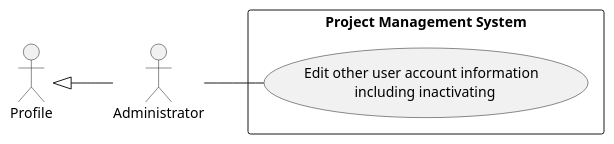
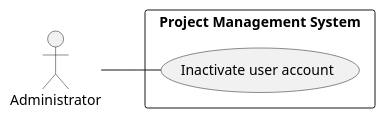
The diagram in docs/modelling_design/user_stories/us005/US005_InactivateUserAccountUCD.puml (ivo-menezes/project_g3), drawn with PlantUML before and after one commit.

Commit message:
US005: Analysis: Change in UCD(Update)

```diff
--- a/docs/modelling_design/user_stories/us005/US005_InactivateUserAccountUCD.puml
+++ b/docs/modelling_design/user_stories/us005/US005_InactivateUserAccountUCD.puml
@@ -1,11 +1,11 @@
 @startuml
 left to right direction
 
-Profile <|-- :Administrator:
+"Administrator"
 
 rectangle "Project Management System"{
 :Administrator: as Administrator
-Administrator -- (Edit other user account information \n including inactivating)
+Administrator -- (Inactivate user account)
 }
 
 @enduml
```
